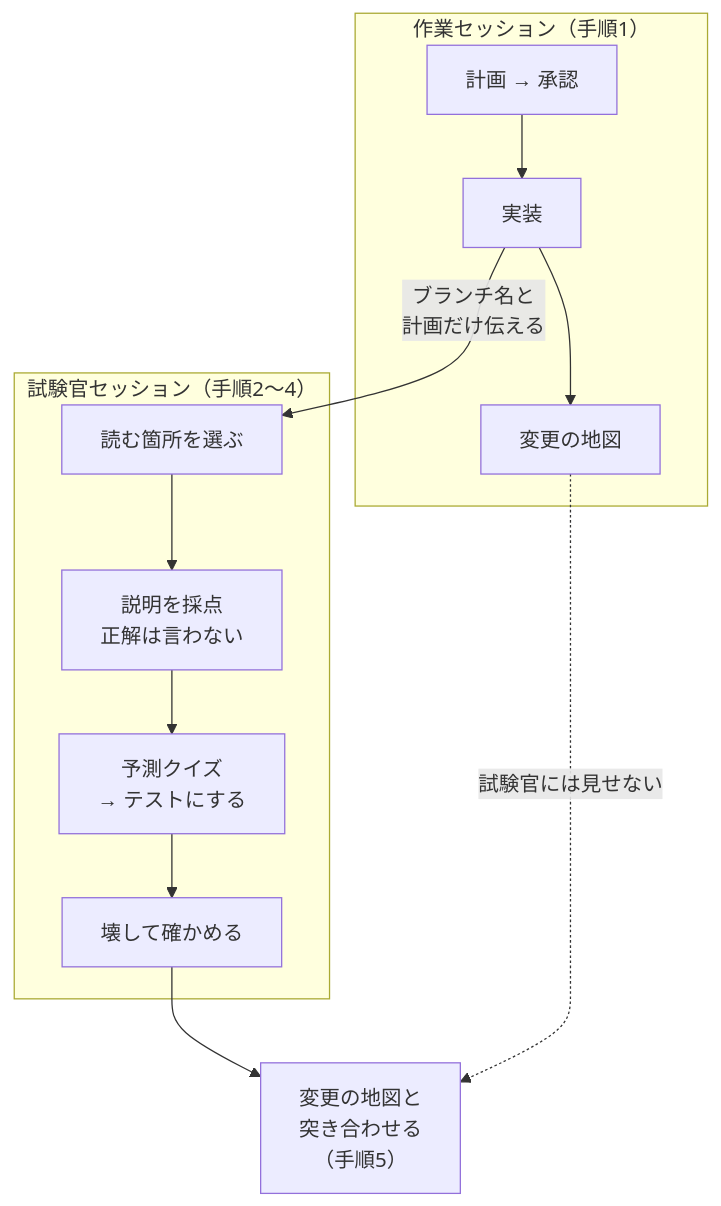
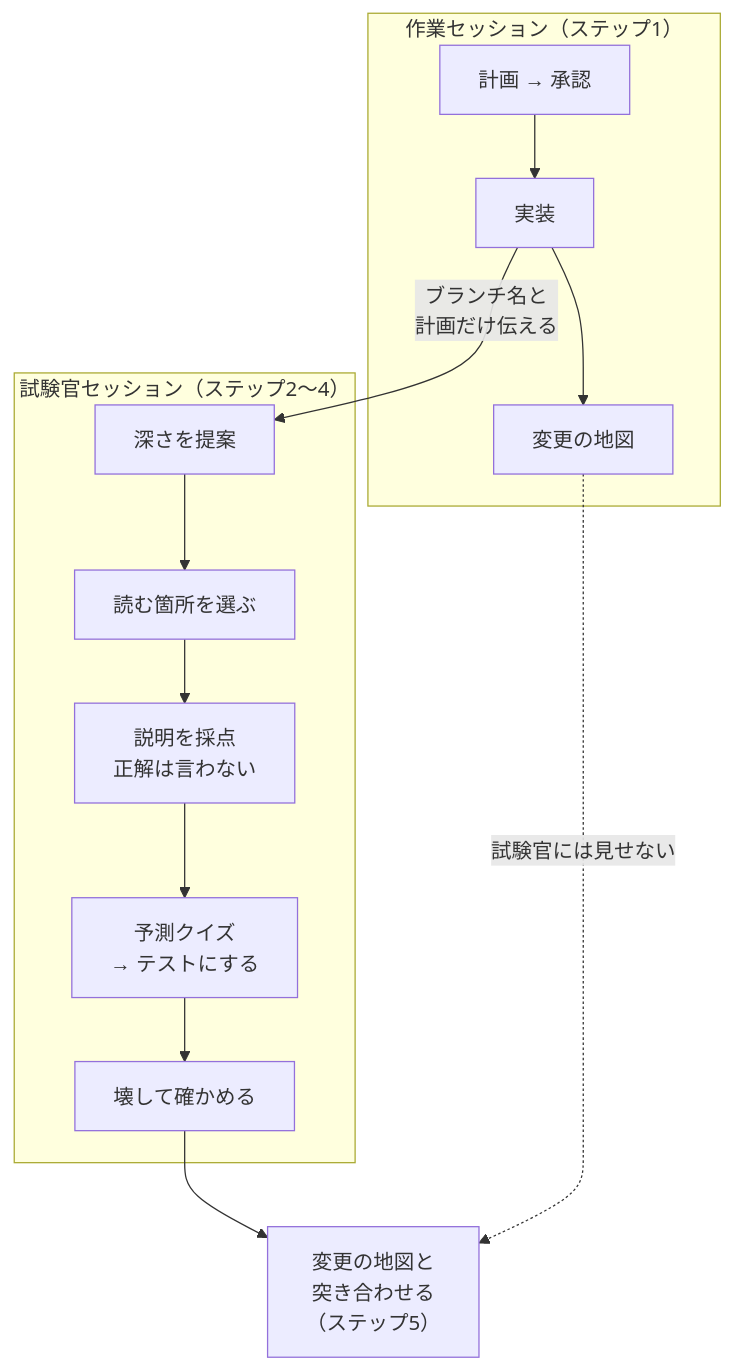
The diagram in README.md (cookkawasaki/dot-claude), drawn with Mermaid before and after one commit. The commit also changed other lines of this file and 4 other files, not shown here.

````diff
--- a/README.md
+++ b/README.md
@@ -12,12 +12,12 @@
 ```mermaid
 flowchart TB
-    subgraph A["作業セッション（手順1）"]
+    subgraph A["作業セッション（ステップ1）"]
         A1["計画 → 承認"] --> A2["実装"] --> A3["変更の地図"]
     end
-    subgraph B["試験官セッション（手順2〜4）"]
-        B1["読む箇所を選ぶ"] --> B2["説明を採点<br>正解は言わない"] --> B3["予測クイズ<br>→ テストにする"] --> B4["壊して確かめる"]
+    subgraph B["試験官セッション（ステップ2〜4）"]
+        B0["深さを提案"] --> B1["読む箇所を選ぶ"] --> B2["説明を採点<br>正解は言わない"] --> B3["予測クイズ<br>→ テストにする"] --> B4["壊して確かめる"]
     end
-    A2 -- "ブランチ名と<br>計画だけ伝える" --> B1
-    B4 --> C["変更の地図と<br>突き合わせる<br>（手順5）"]
+    A2 -- "ブランチ名と<br>計画だけ伝える" --> B0
+    B4 --> C["変更の地図と<br>突き合わせる<br>（ステップ5）"]
     A3 -. "試験官には見せない" .-> C
 ```
````
